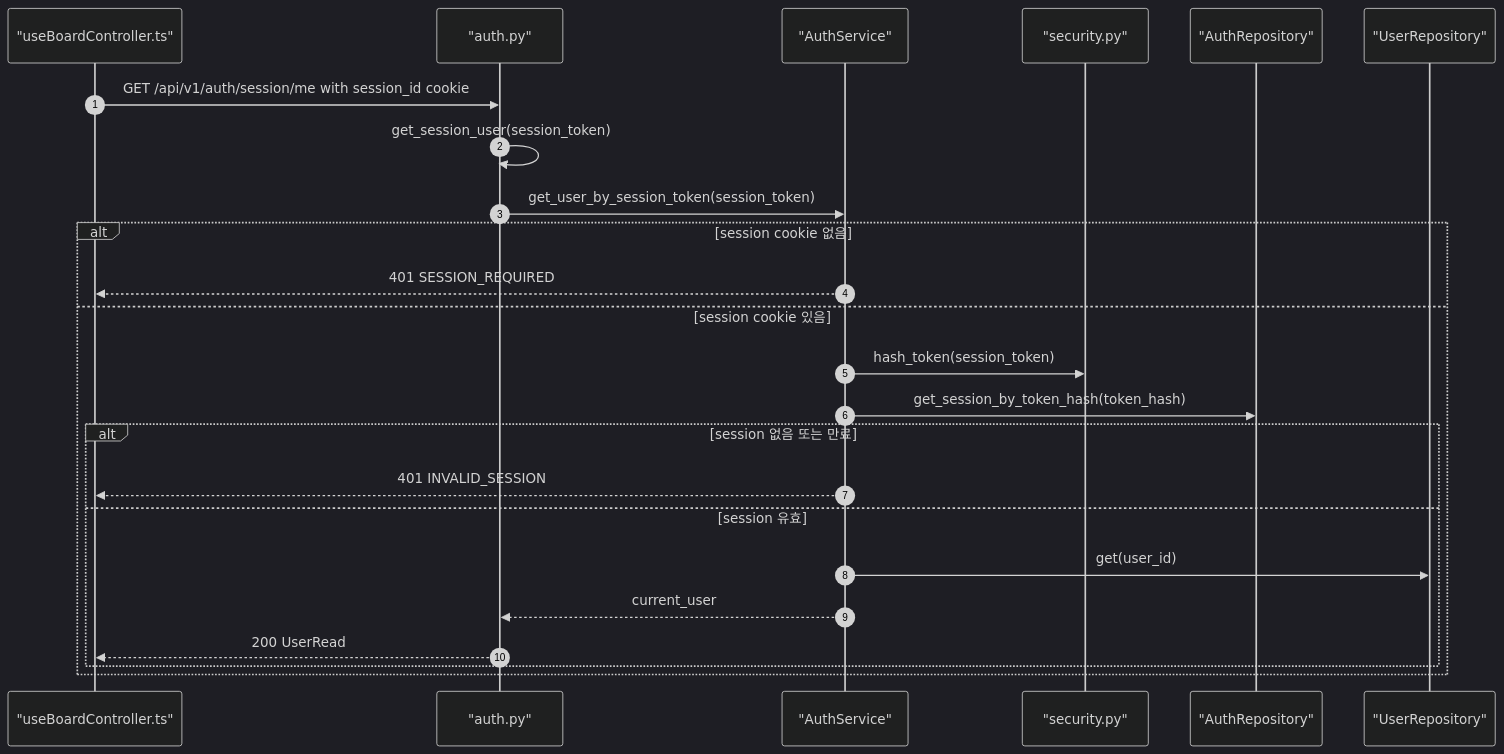
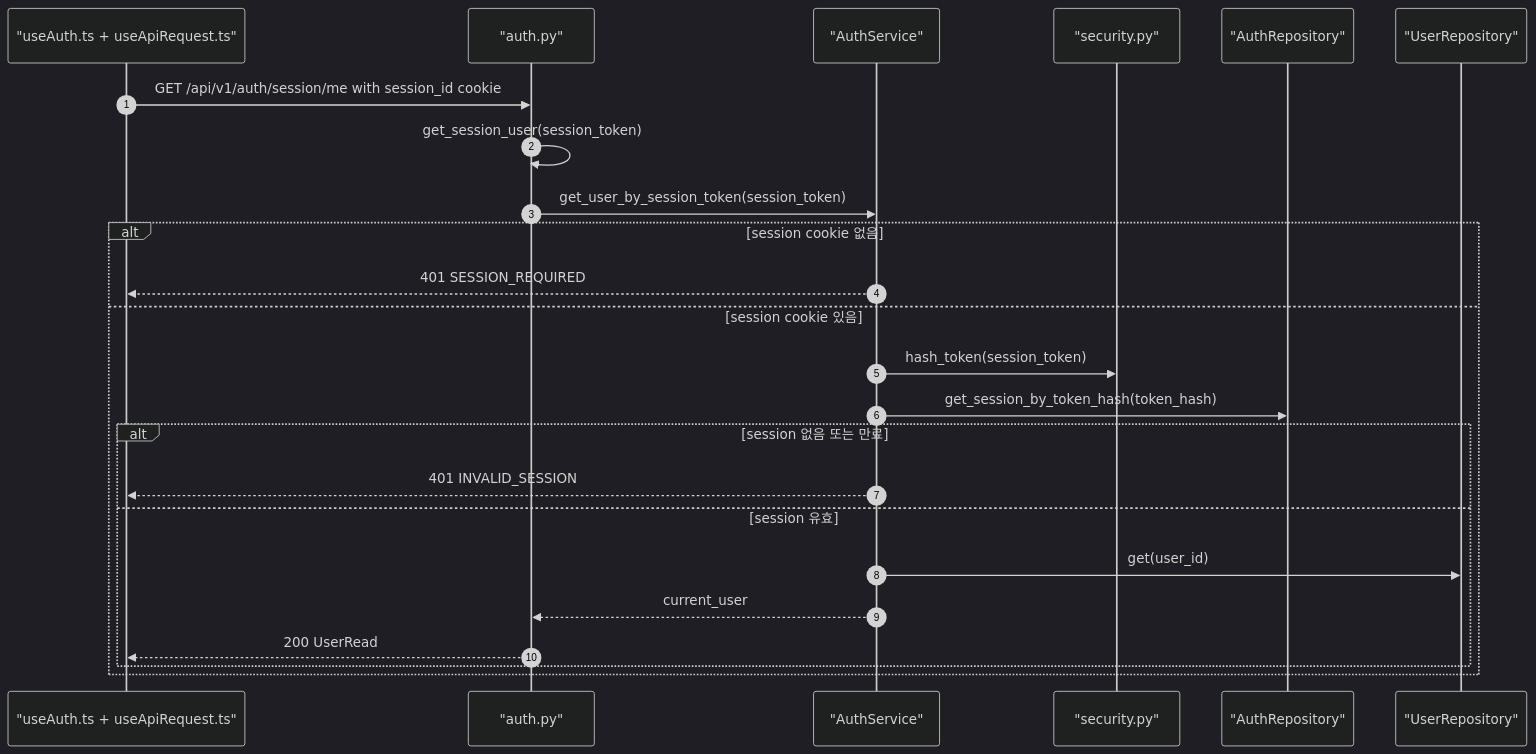
One commit to JUNGLE-TEAM1/W16_team_sprint changed the sixth of 10 diagrams in docs2/sprint-2/implementation-record.md. Above: the diagram before and after it, drawn with Mermaid (dark theme). The commit also changed other lines of this file and 7 other files, not shown here.

````diff
--- a/docs2/sprint-2/implementation-record.md
+++ b/docs2/sprint-2/implementation-record.md
@@ -357,27 +392,27 @@
 ```mermaid
 sequenceDiagram
     autonumber
-    participant UI as "useBoardController.ts"
+    participant UI as "useAuth.ts + useApiRequest.ts"
     participant AuthAPI as "auth.py"
     participant Service as "AuthService"
     participant Security as "security.py"
     participant AuthRepo as "AuthRepository"
     participant UserRepo as "UserRepository"
 
     UI->>AuthAPI: GET /api/v1/auth/session/me with session_id cookie
     AuthAPI->>AuthAPI: get_session_user(session_token)
     AuthAPI->>Service: get_user_by_session_token(session_token)
     alt session cookie 없음
         Service-->>UI: 401 SESSION_REQUIRED
     else session cookie 있음
         Service->>Security: hash_token(session_token)
         Service->>AuthRepo: get_session_by_token_hash(token_hash)
         alt session 없음 또는 만료
             Service-->>UI: 401 INVALID_SESSION
         else session 유효
             Service->>UserRepo: get(user_id)
             Service-->>AuthAPI: current_user
             AuthAPI-->>UI: 200 UserRead
         end
     end
 ```
````
